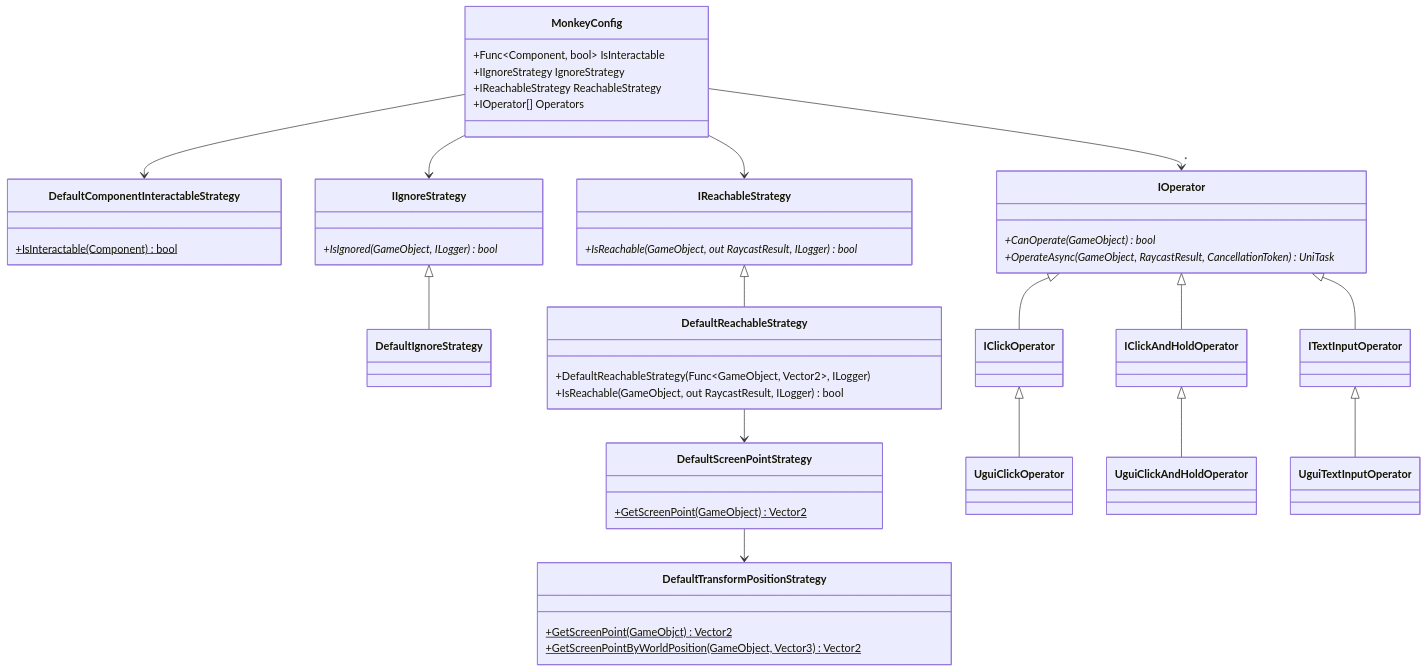
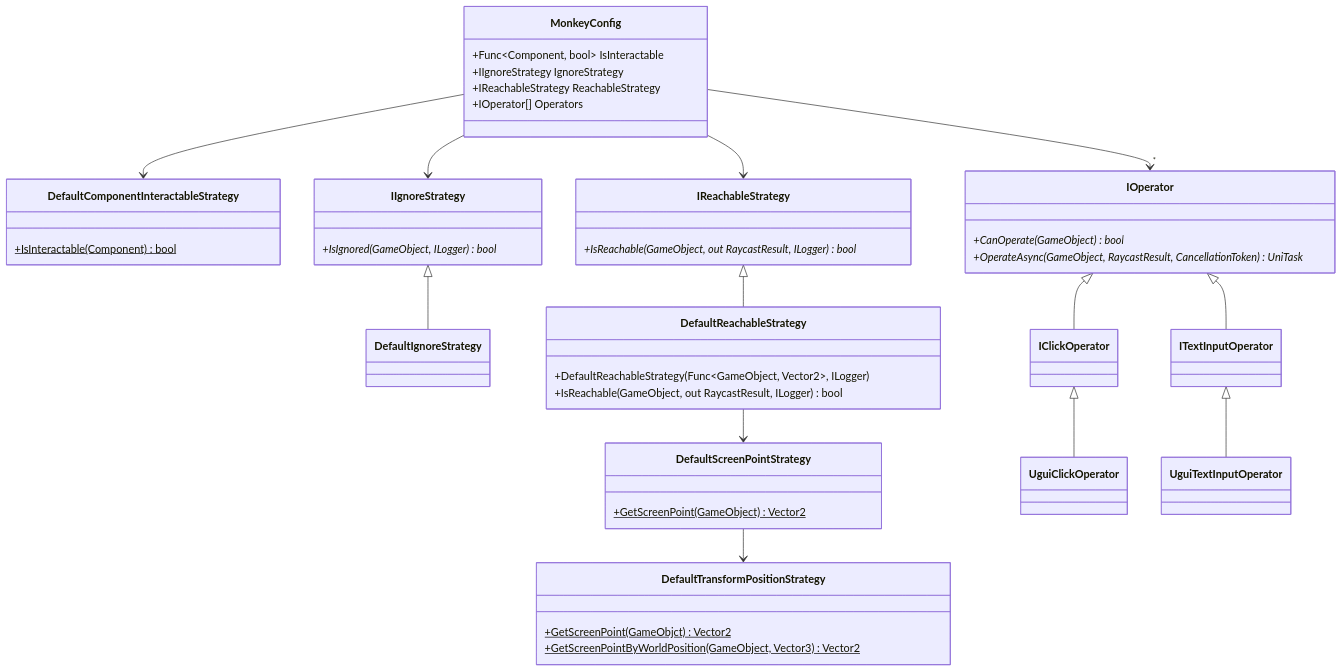
One commit to nowsprinting/test-helper.ui changed the diagram in README.md. Above: the diagram before and after it, drawn with Mermaid. The commit also changed other lines of this file and 1 other file, not shown here.

Commit message:
Reduce default operators

````diff
--- a/README.md
+++ b/README.md
@@ -286,61 +286,58 @@
 ```mermaid
 classDiagram
     class MonkeyConfig {
         +Func&lt;Component, bool&gt; IsInteractable
         +IIgnoreStrategy IgnoreStrategy
         +IReachableStrategy ReachableStrategy
         +IOperator[] Operators
     }
 
     MonkeyConfig --> DefaultComponentInteractableStrategy
 
     class DefaultComponentInteractableStrategy {
         +IsInteractable(Component) bool$
     }
 
     MonkeyConfig --> IIgnoreStrategy
     IIgnoreStrategy <|-- DefaultIgnoreStrategy
 
     class IIgnoreStrategy {
         +IsIgnored(GameObject, ILogger) bool*
     }
 
     MonkeyConfig --> IReachableStrategy
     IReachableStrategy <|-- DefaultReachableStrategy
     DefaultReachableStrategy --> DefaultScreenPointStrategy
     DefaultScreenPointStrategy --> DefaultTransformPositionStrategy
 
     class IReachableStrategy {
         +IsReachable(GameObject, out RaycastResult, ILogger) bool*
     }
 
     class DefaultReachableStrategy {
         +DefaultReachableStrategy(Func&lt;GameObject, Vector2&gt;, ILogger)
         +IsReachable(GameObject, out RaycastResult, ILogger) bool
     }
 
     class DefaultScreenPointStrategy {
         +GetScreenPoint(GameObject) Vector2$
     }
 
     class DefaultTransformPositionStrategy {
         +GetScreenPoint(GameObjct) Vector2$
         +GetScreenPointByWorldPosition(GameObject, Vector3) Vector2$
     }
 
     MonkeyConfig --> "*" IOperator
 
     class IOperator {
         +CanOperate(GameObject) bool*
         +OperateAsync(GameObject, RaycastResult, CancellationToken) UniTask*
     }
 
     IOperator <|-- IClickOperator
     IClickOperator <|-- UguiClickOperator
 
-    IOperator <|-- IClickAndHoldOperator
-    IClickAndHoldOperator <|-- UguiClickAndHoldOperator
-
     IOperator <|-- ITextInputOperator
     ITextInputOperator <|-- UguiTextInputOperator
 ```
````
